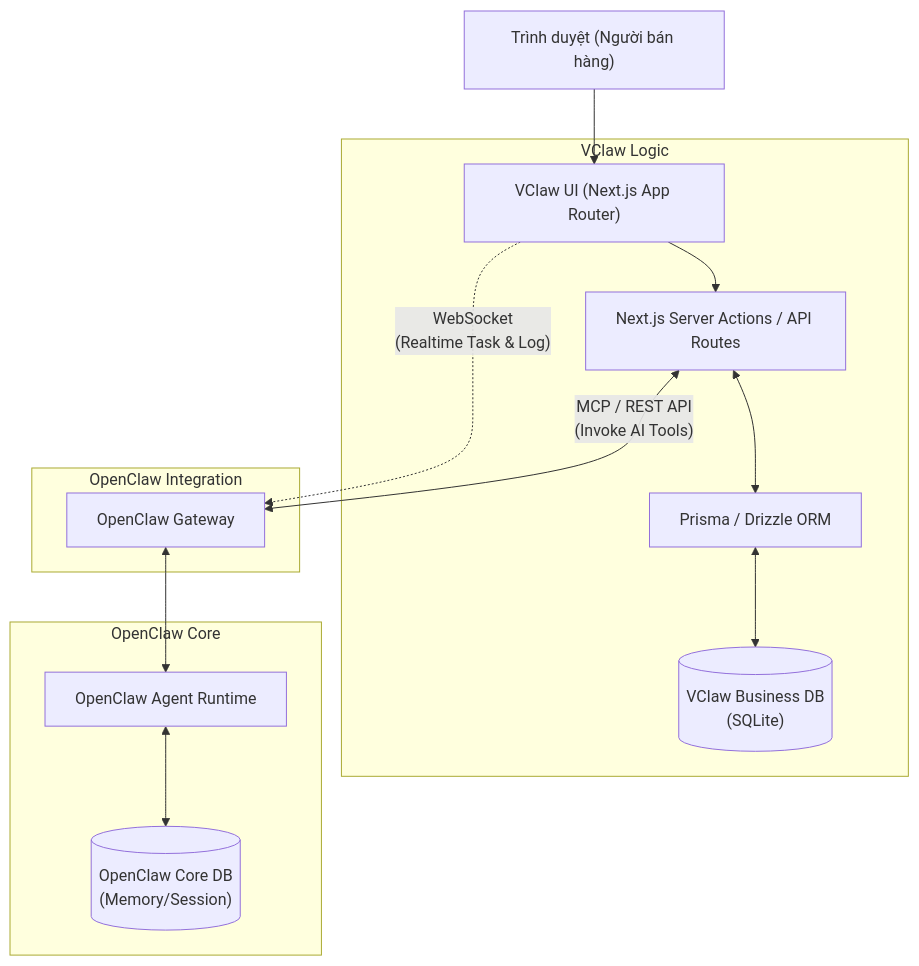
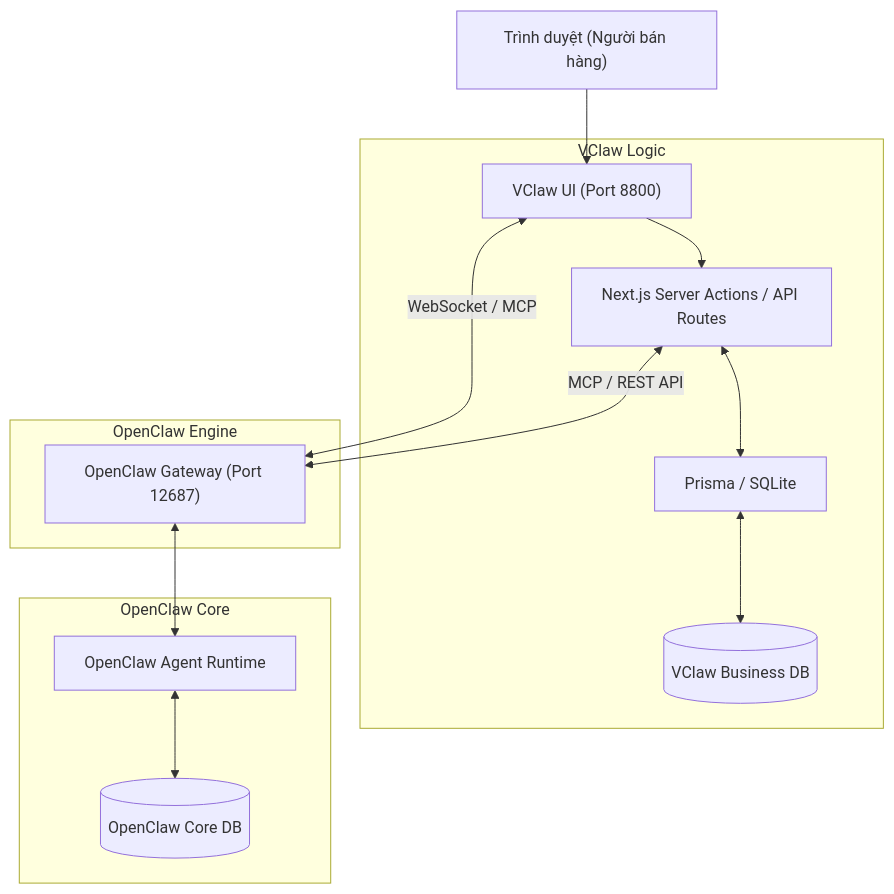
Before and after one commit to solana8800/vclaw-ui: the diagram in vclaw-ui/docs/12-VClaw-OpenClaw-Integration-Strategy.vi.md, drawn with Mermaid. The commit also changed other lines of this file and 20 other files, not shown here.

Commit message:
refactor: update architecture documentation to define VClaw Business Dashboard and OpenClaw Core separation

````diff
--- a/vclaw-ui/docs/12-VClaw-OpenClaw-Integration-Strategy.vi.md
+++ b/vclaw-ui/docs/12-VClaw-OpenClaw-Integration-Strategy.vi.md
@@ -64,20 +66,20 @@
 ```mermaid
 graph TD
-    Client["Trình duyệt (Người bán hàng)"] --> UI["VClaw UI (Next.js App Router)"]
+    Client["Trình duyệt (Người bán hàng)"] --> UI["VClaw UI (Port 8800)"]
     
     subgraph VClaw Logic
         UI --> BizAPI["Next.js Server Actions / API Routes"]
-        BizAPI <--> ORM["Prisma / Drizzle ORM"]
-        ORM <--> BizDB[("VClaw Business DB\n(SQLite)")]
+        BizAPI <--> ORM["Prisma / SQLite"]
+        ORM <--> BizDB[("VClaw Business DB")]
     end
 
-    subgraph OpenClaw Integration
-        UI -.->|"WebSocket\n(Realtime Task & Log)"| Gateway["OpenClaw Gateway"]
-        BizAPI <-->|"MCP / REST API\n(Invoke AI Tools)"| Gateway
+    subgraph OpenClaw Engine
+        UI <-->|"WebSocket / MCP"| Gateway["OpenClaw Gateway (Port 12687)"]
+        BizAPI <-->|"MCP / REST API"| Gateway
     end
     
     subgraph OpenClaw Core
         Gateway <--> Agent["OpenClaw Agent Runtime"]
-        Agent <--> CoreDB[("OpenClaw Core DB\n(Memory/Session)")]
+        Agent <--> CoreDB[("OpenClaw Core DB")]
     end
 ```
````
